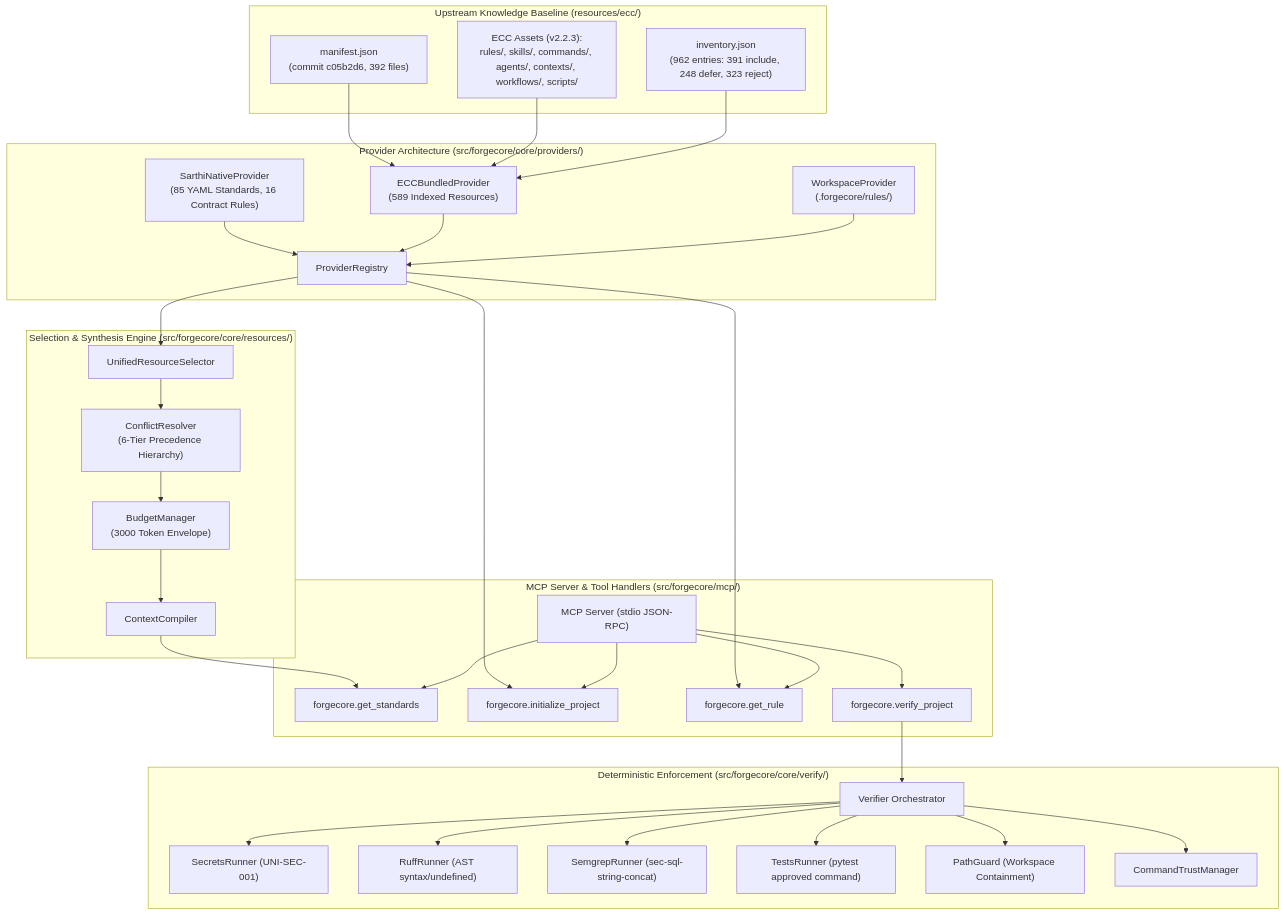
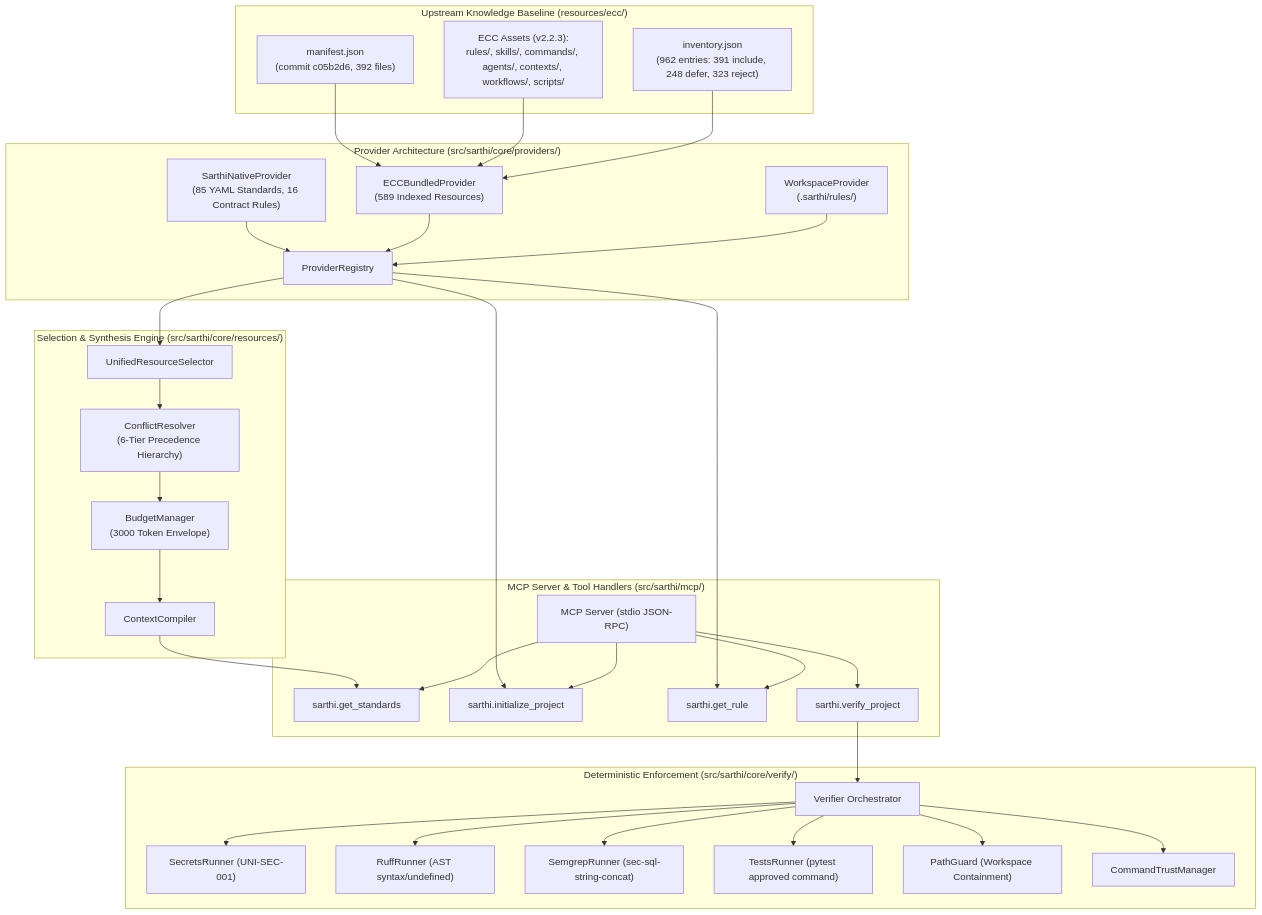
Before and after one commit to Mayurkhalse/ForgeCore: the first of 2 diagrams in docs/architecture/ECC_RUNTIME_INTEGRATION.md, drawn with Mermaid. The commit also changed other lines of this file and 154 other files, not shown here.

Commit message:
refactor: rename project, package, cli, and mcp server from ForgeCore to Sarthi

````diff
--- a/docs/architecture/ECC_RUNTIME_INTEGRATION.md
+++ b/docs/architecture/ECC_RUNTIME_INTEGRATION.md
@@ -17,71 +17,71 @@
 ```mermaid
 flowchart TD
     subgraph Upstream["Upstream Knowledge Baseline (resources/ecc/)"]
         Manifest["manifest.json<br/>(commit c05b2d6, 392 files)"]
         RawECC["ECC Assets (v2.2.3):<br/>rules/, skills/, commands/, agents/, contexts/, workflows/, scripts/"]
         Inventory["inventory.json<br/>(962 entries: 391 include, 248 defer, 323 reject)"]
     end
 
-    subgraph ProviderLayer["Provider Architecture (src/forgecore/core/providers/)"]
+    subgraph ProviderLayer["Provider Architecture (src/sarthi/core/providers/)"]
         Registry["ProviderRegistry"]
         NativeProv["SarthiNativeProvider<br/>(85 YAML Standards, 16 Contract Rules)"]
         ECCProv["ECCBundledProvider<br/>(589 Indexed Resources)"]
-        WorkspaceProv["WorkspaceProvider<br/>(.forgecore/rules/)"]
+        WorkspaceProv["WorkspaceProvider<br/>(.sarthi/rules/)"]
     end
 
-    subgraph IntelligenceEngine["Selection & Synthesis Engine (src/forgecore/core/resources/)"]
+    subgraph IntelligenceEngine["Selection & Synthesis Engine (src/sarthi/core/resources/)"]
         Selector["UnifiedResourceSelector"]
         ConflictResolver["ConflictResolver<br/>(6-Tier Precedence Hierarchy)"]
         BudgetMgr["BudgetManager<br/>(3000 Token Envelope)"]
         Compiler["ContextCompiler"]
     end
 
-    subgraph RuntimeInterface["MCP Server & Tool Handlers (src/forgecore/mcp/)"]
+    subgraph RuntimeInterface["MCP Server & Tool Handlers (src/sarthi/mcp/)"]
         MCPServer["MCP Server (stdio JSON-RPC)"]
-        GetStandards["forgecore.get_standards"]
-        Initialize["forgecore.initialize_project"]
-        GetRule["forgecore.get_rule"]
-        VerifyProject["forgecore.verify_project"]
+        GetStandards["sarthi.get_standards"]
+        Initialize["sarthi.initialize_project"]
+        GetRule["sarthi.get_rule"]
+        VerifyProject["sarthi.verify_project"]
     end
 
-    subgraph VerificationEngine["Deterministic Enforcement (src/forgecore/core/verify/)"]
+    subgraph VerificationEngine["Deterministic Enforcement (src/sarthi/core/verify/)"]
         Verifier["Verifier Orchestrator"]
         Secrets["SecretsRunner (UNI-SEC-001)"]
         Ruff["RuffRunner (AST syntax/undefined)"]
         Semgrep["SemgrepRunner (sec-sql-string-concat)"]
         TestRunner["TestsRunner (pytest approved command)"]
         PathGuard["PathGuard (Workspace Containment)"]
         TrustMgr["CommandTrustManager"]
     end
 
     %% Wiring
     Manifest --> ECCProv
     RawECC --> ECCProv
     Inventory --> ECCProv
 
     NativeProv --> Registry
     ECCProv --> Registry
     WorkspaceProv --> Registry
 
     Registry --> Selector
     Selector --> ConflictResolver
     ConflictResolver --> BudgetMgr
     BudgetMgr --> Compiler
 
     Compiler --> GetStandards
     Registry --> GetRule
     Registry --> Initialize
 
     MCPServer --> GetStandards
     MCPServer --> Initialize
     MCPServer --> GetRule
     MCPServer --> VerifyProject
 
     VerifyProject --> Verifier
     Verifier --> PathGuard
     Verifier --> TrustMgr
     Verifier --> Secrets
     Verifier --> Ruff
     Verifier --> Semgrep
     Verifier --> TestRunner
 ```
````
